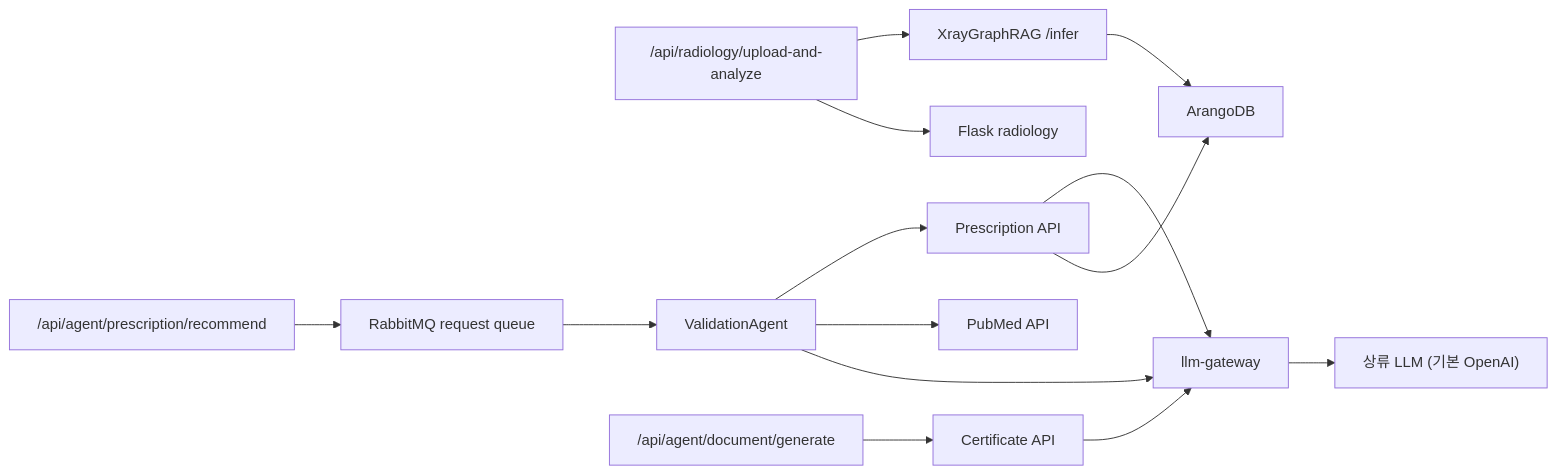
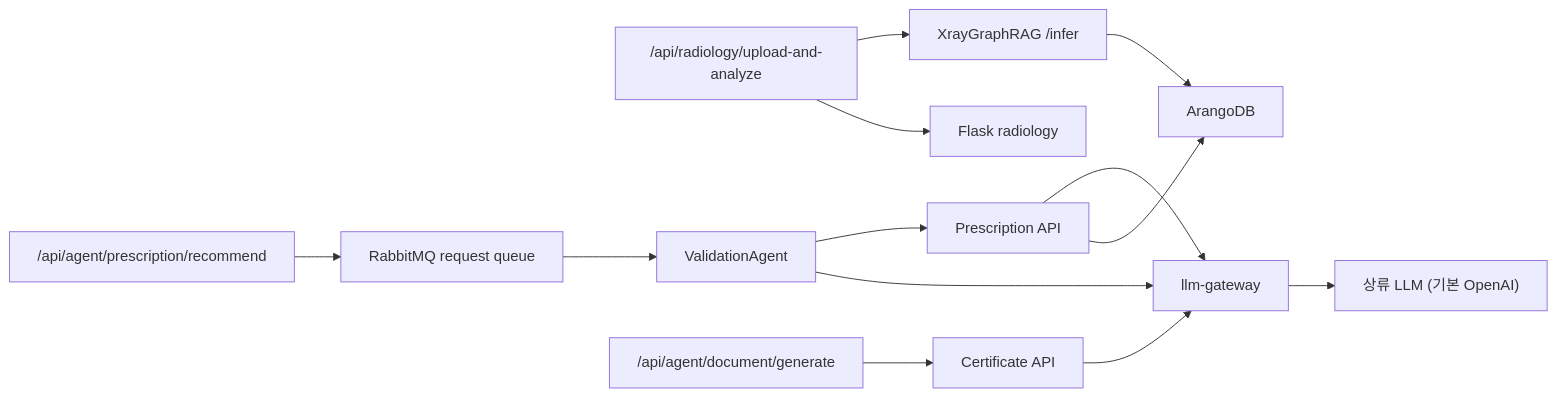
One commit to kjbddo/bitcomputer-emr changed the third of 3 diagrams in Docs/03-api-endpoints.md. Above: the diagram before and after it, drawn with Mermaid. The commit also changed 7 other files, not shown here.

First line of the commit message:
docs: PubMed 제거·합성 케이스·PSPNet 기본값을 문서에 반영한다

````diff
--- a/Docs/03-api-endpoints.md
+++ b/Docs/03-api-endpoints.md
@@ -207,19 +207,18 @@
 ```mermaid
 flowchart LR
   Radiology["/api/radiology/upload-and-analyze"] --> Xray["XrayGraphRAG /infer"]
   Radiology --> Flask["Flask radiology"]
 
   RxStart["/api/agent/prescription/recommend"] --> RMQ["RabbitMQ request queue"]
   RMQ --> Val["ValidationAgent"]
   Val --> RxApi["Prescription API"]
-  Val --> PubMed["PubMed API"]
   Val --> GW["llm-gateway"]
 
   DocGen["/api/agent/document/generate"] --> Cert["Certificate API"]
   Cert --> GW
   RxApi --> GW
   GW --> Upstream["상류 LLM (기본 OpenAI)"]
 
   RxApi --> Arango["ArangoDB"]
   Xray --> Arango
 ```
````
